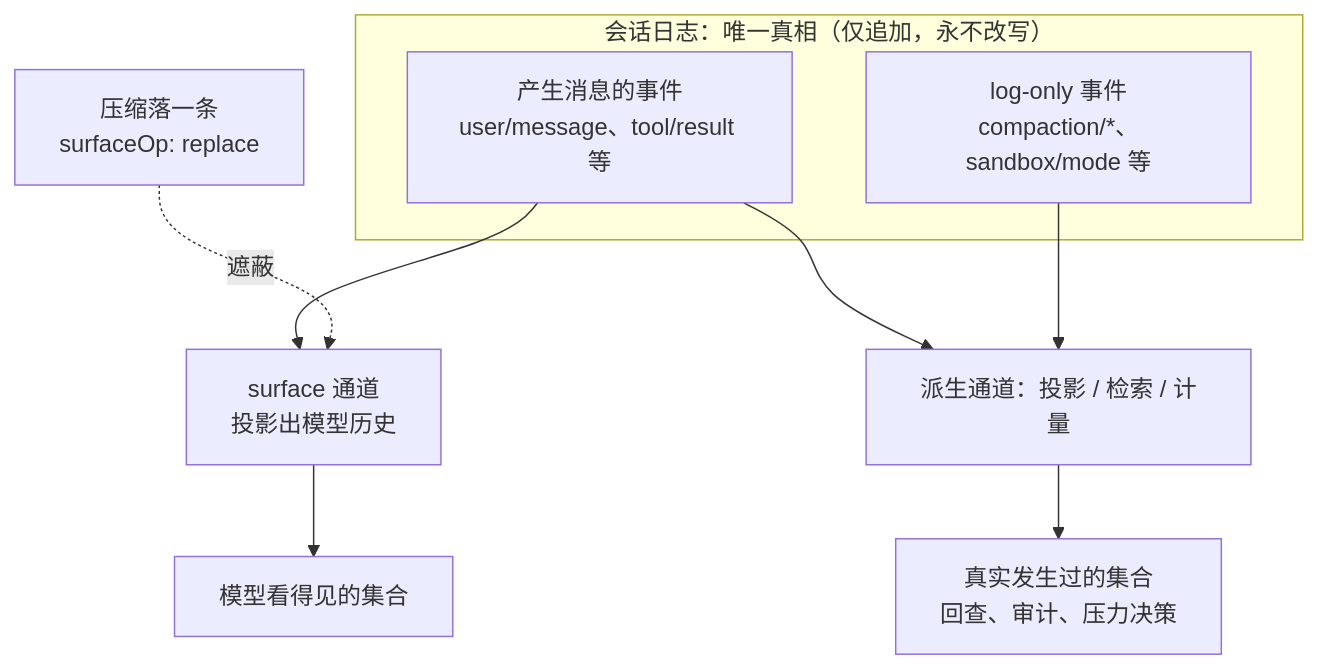
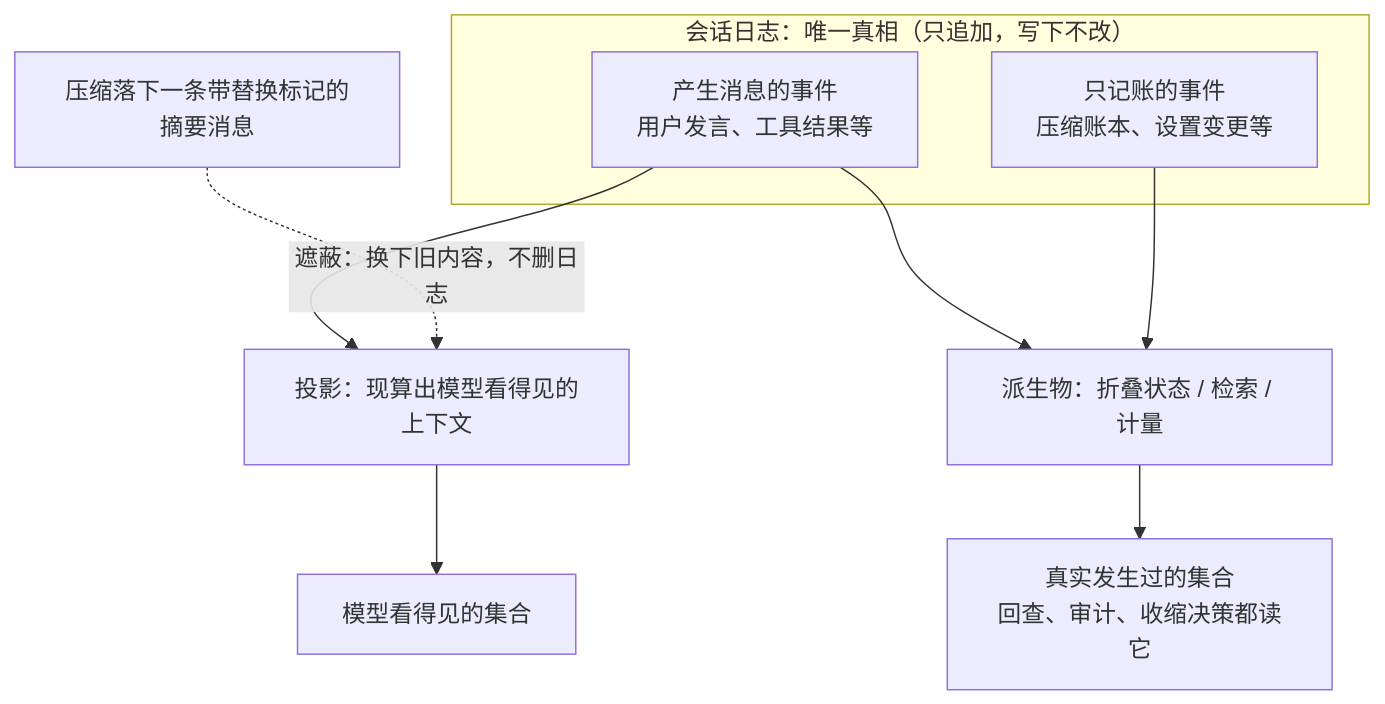
The first of 3 diagrams in dsh 插件开发学习/23-会话上下文的压缩、裁剪与排水.md (anthonyzhao-4926/blog), drawn with Mermaid before and after one commit. The commit also changed other lines of this file and 38 other files, not shown here.

````diff
--- a/dsh 插件开发学习/23-会话上下文的压缩、裁剪与排水.md
+++ b/dsh 插件开发学习/23-会话上下文的压缩、裁剪与排水.md
@@ -40,13 +46,13 @@
 ```mermaid
 flowchart TD
-    subgraph log["会话日志：唯一真相（仅追加，永不改写）"]
-        E1["产生消息的事件<br/>user/message、tool/result 等"]
-        E2["log-only 事件<br/>compaction/*、sandbox/mode 等"]
+    subgraph log["会话日志：唯一真相（只追加，写下不改）"]
+        E1["产生消息的事件<br/>用户发言、工具结果等"]
+        E2["只记账的事件<br/>压缩账本、设置变更等"]
     end
-    E1 --> S["surface 通道<br/>投影出模型历史"]
-    E1 --> D["派生通道：投影 / 检索 / 计量"]
+    E1 --> S["投影：现算出模型看得见的上下文"]
+    E1 --> D["派生物：折叠状态 / 检索 / 计量"]
     E2 --> D
-    R["压缩落一条<br/>surfaceOp: replace"] -.->|"遮蔽"| S
+    R["压缩落下一条带替换标记的摘要消息"] -.->|"遮蔽：换下旧内容，不删日志"| S
     S --> M["模型看得见的集合"]
-    D --> A["真实发生过的集合<br/>回查、审计、压力决策"]
+    D --> A["真实发生过的集合<br/>回查、审计、收缩决策都读它"]
 ```
````
